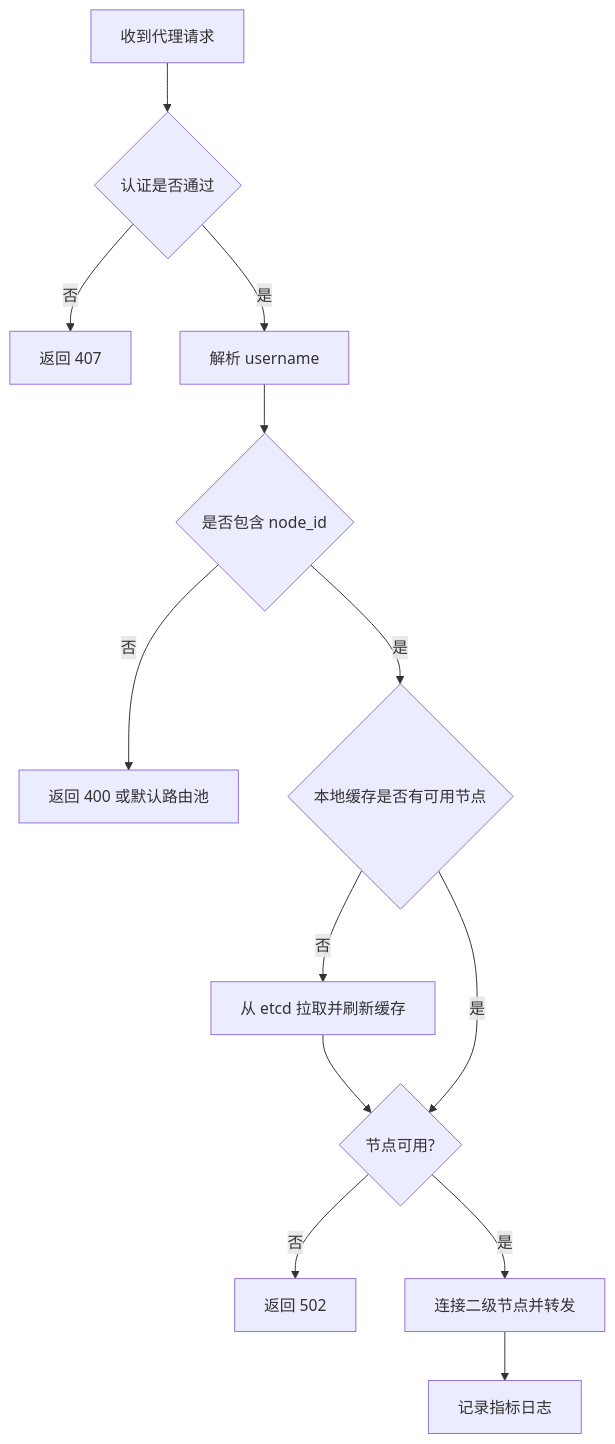
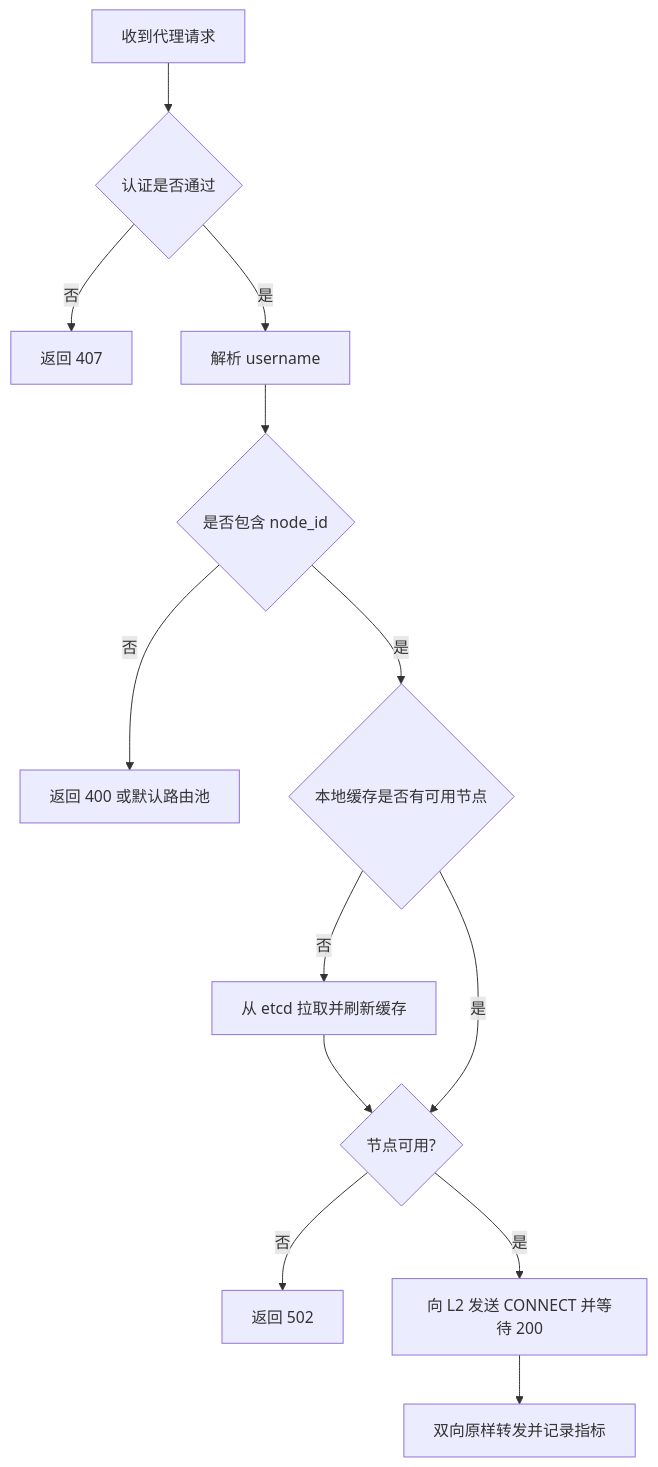
The third of 3 diagrams in docs/openspec-proxy-design.md (f-ishelly/relay-proxy), drawn with Mermaid before and after one commit. The commit also changed other lines of this file, not shown here.

First line of the commit message:
docs: pass the origin target with a second HTTP CONNECT

````diff
--- a/docs/openspec-proxy-design.md
+++ b/docs/openspec-proxy-design.md
@@ -152,15 +179,15 @@
 ```mermaid
 flowchart TD
     A[收到代理请求] --> B{认证是否通过}
     B -- 否 --> X[返回 407]
     B -- 是 --> C[解析 username]
     C --> D{是否包含 node_id}
     D -- 否 --> Y[返回 400 或默认路由池]
     D -- 是 --> E{本地缓存是否有可用节点}
     E -- 否 --> F[从 etcd 拉取并刷新缓存]
     F --> G{节点可用?}
     E -- 是 --> G
     G -- 否 --> Z[返回 502]
-    G -- 是 --> H[连接二级节点并转发]
-    H --> I[记录指标日志]
+    G -- 是 --> H[向 L2 发送 CONNECT 并等待 200]
+    H --> I[双向原样转发并记录指标]
 ```
````
